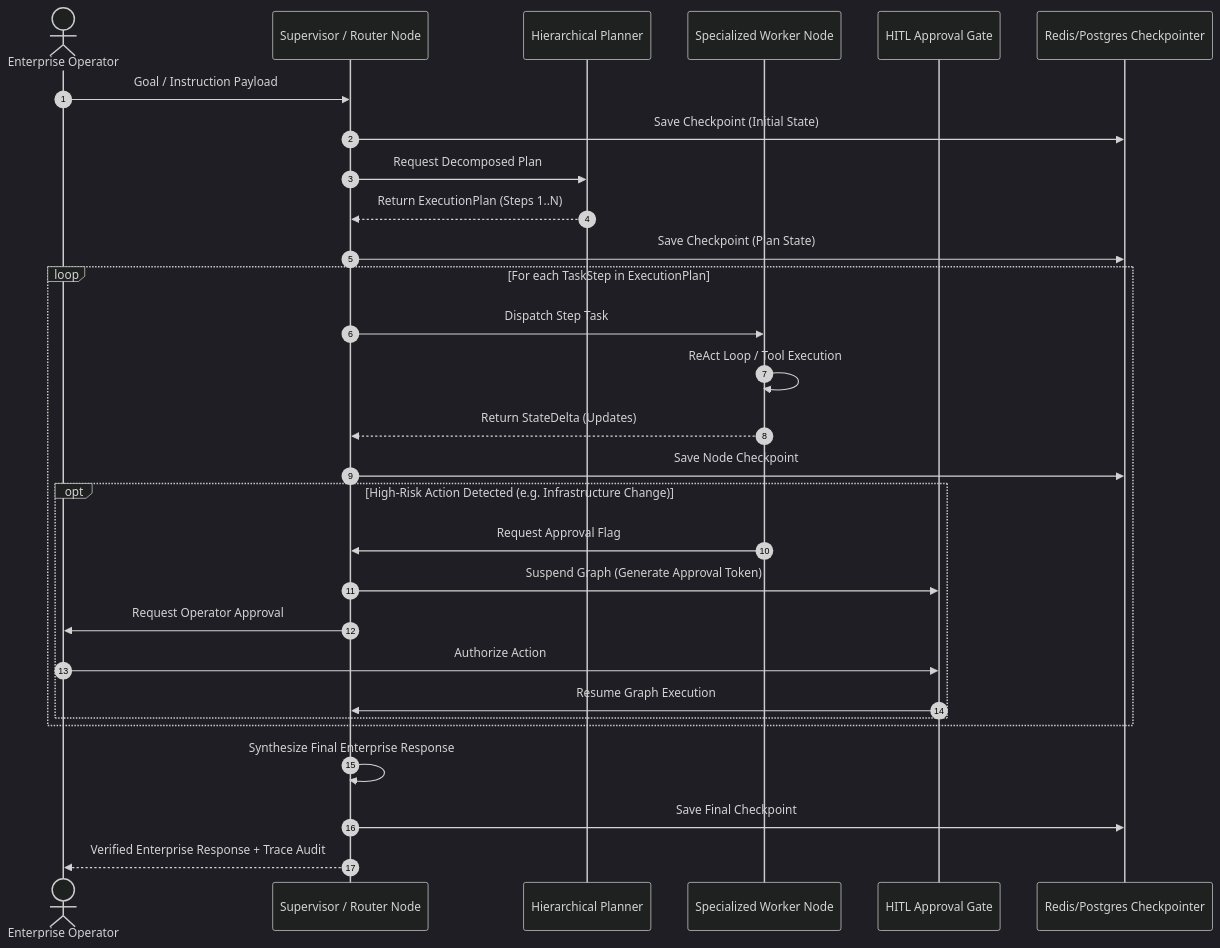
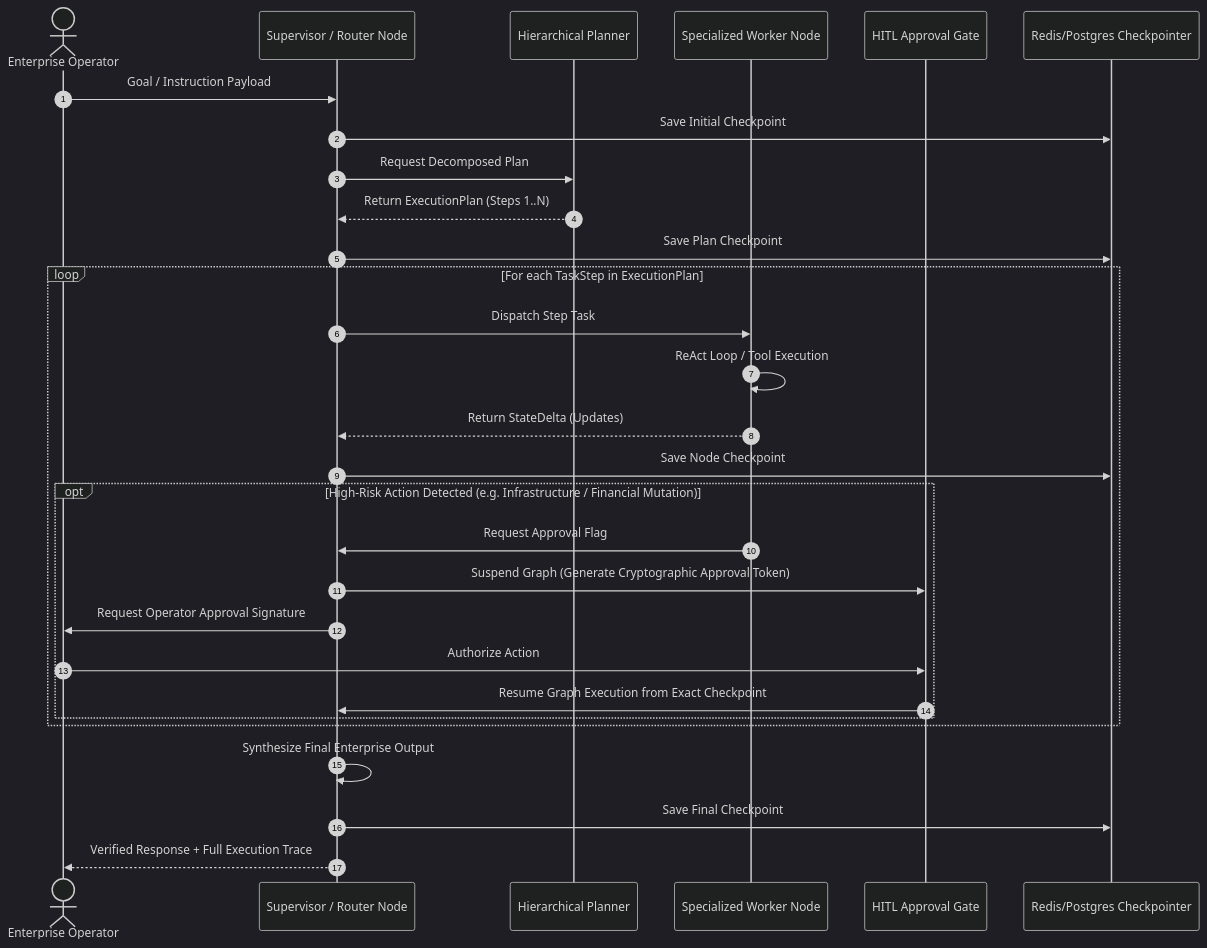
One commit to sricheru/agentic-ai-portfolio changed the first of 4 diagrams in README.md. Above: the diagram before and after it, drawn with Mermaid (dark theme). The commit also changed other lines of this file, not shown here.

Commit message:
feat(portfolio): align portfolio showcase with executive resume and Tier-1 enterprise architecture profile

````diff
--- a/README.md
+++ b/README.md
@@ -105,35 +102,35 @@
 ```mermaid
 sequenceDiagram
     autonumber
     actor User as Enterprise Operator
     participant Supervisor as Supervisor / Router Node
     participant Planner as Hierarchical Planner
     participant Worker as Specialized Worker Node
     participant HITL as HITL Approval Gate
     participant Store as Redis/Postgres Checkpointer
 
     User->>Supervisor: Goal / Instruction Payload
-    Supervisor->>Store: Save Checkpoint (Initial State)
+    Supervisor->>Store: Save Initial Checkpoint
     Supervisor->>Planner: Request Decomposed Plan
     Planner-->>Supervisor: Return ExecutionPlan (Steps 1..N)
-    Supervisor->>Store: Save Checkpoint (Plan State)
+    Supervisor->>Store: Save Plan Checkpoint
 
     loop For each TaskStep in ExecutionPlan
         Supervisor->>Worker: Dispatch Step Task
         Worker->>Worker: ReAct Loop / Tool Execution
         Worker-->>Supervisor: Return StateDelta (Updates)
         Supervisor->>Store: Save Node Checkpoint
 
-        opt High-Risk Action Detected (e.g. Infrastructure Change)
+        opt High-Risk Action Detected (e.g. Infrastructure / Financial Mutation)
             Worker->>Supervisor: Request Approval Flag
-            Supervisor->>HITL: Suspend Graph (Generate Approval Token)
-            Supervisor->>User: Request Operator Approval
+            Supervisor->>HITL: Suspend Graph (Generate Cryptographic Approval Token)
+            Supervisor->>User: Request Operator Approval Signature
             User->>HITL: Authorize Action
-            HITL->>Supervisor: Resume Graph Execution
+            HITL->>Supervisor: Resume Graph Execution from Exact Checkpoint
         end
     end
 
-    Supervisor->>Supervisor: Synthesize Final Enterprise Response
+    Supervisor->>Supervisor: Synthesize Final Enterprise Output
     Supervisor->>Store: Save Final Checkpoint
-    Supervisor-->>User: Verified Enterprise Response + Trace Audit
+    Supervisor-->>User: Verified Response + Full Execution Trace
 ```
````
